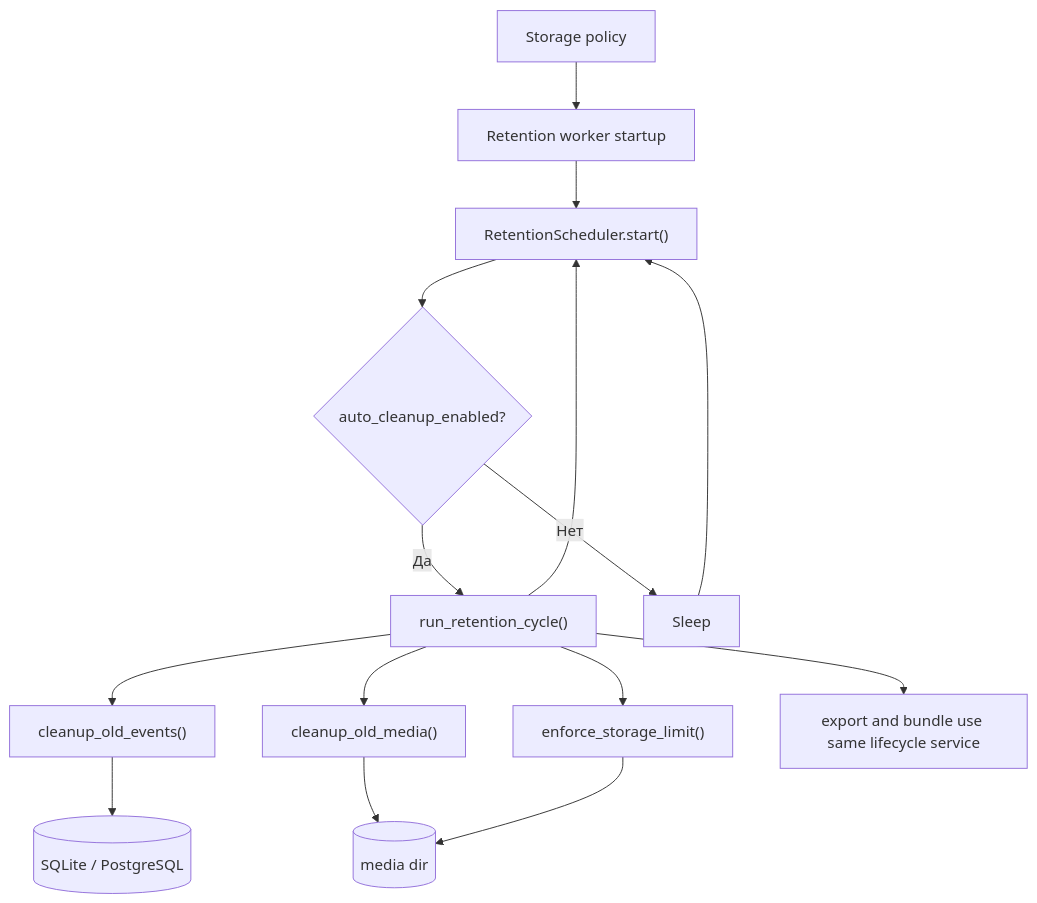
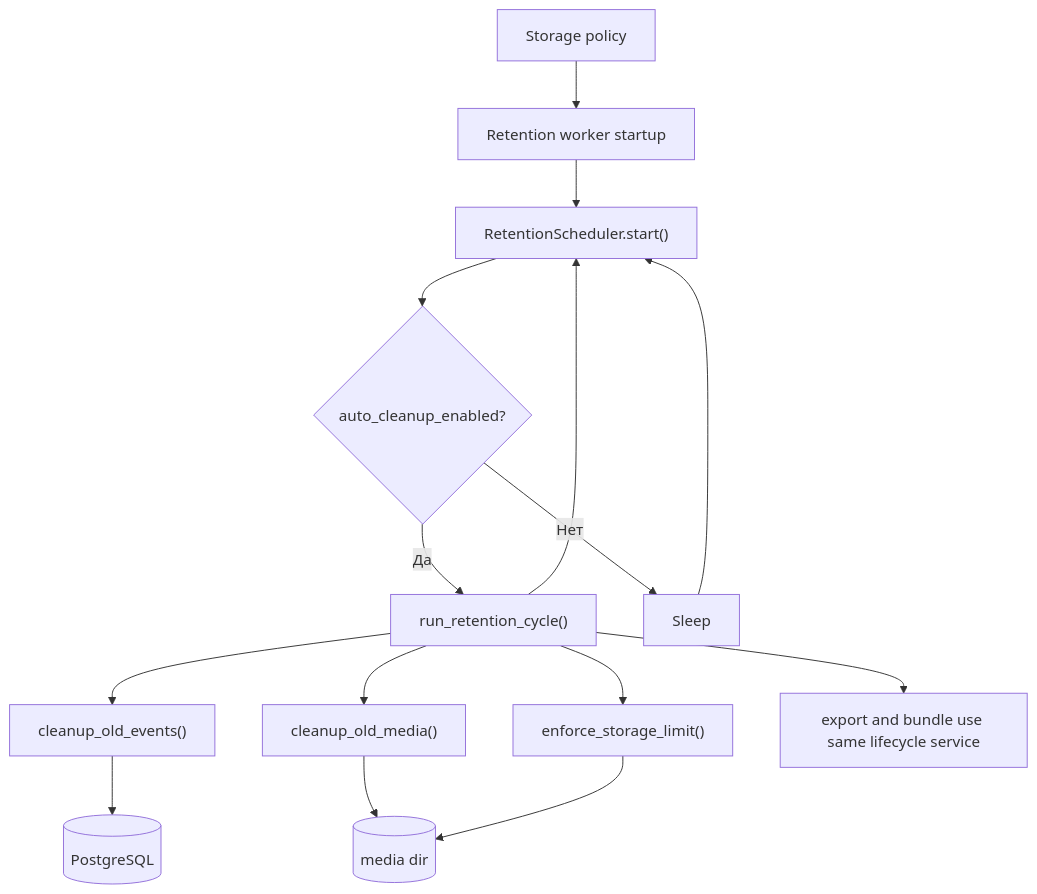
One commit to quick-1y/ANPR-System-v0.8 changed the sixth of 6 diagrams in README.md. Above: the diagram before and after it, drawn with Mermaid. The commit also changed other lines of this file and 18 other files, not shown here.

Commit message:
PostgreSQL-only cleanup: remove SQLite and harden runtime degradation

````diff
--- a/README.md
+++ b/README.md
@@ -254,20 +242,20 @@
 ```mermaid
 flowchart TD
     A["Storage policy"] --> B["Retention worker startup"]
     B --> C["RetentionScheduler.start()"]
     C --> D{"auto_cleanup_enabled?"}
     D -->|Да| E["run_retention_cycle()"]
     D -->|Нет| J["Sleep"]
 
     E --> F["cleanup_old_events()"]
     E --> G["cleanup_old_media()"]
     E --> H["enforce_storage_limit()"]
     E --> I["export and bundle use same lifecycle service"]
 
-    F --> K[("SQLite / PostgreSQL")]
+    F --> K[("PostgreSQL")]
     G --> L[("media dir")]
     H --> L
 
     J --> C
     E --> C
 ```
````
